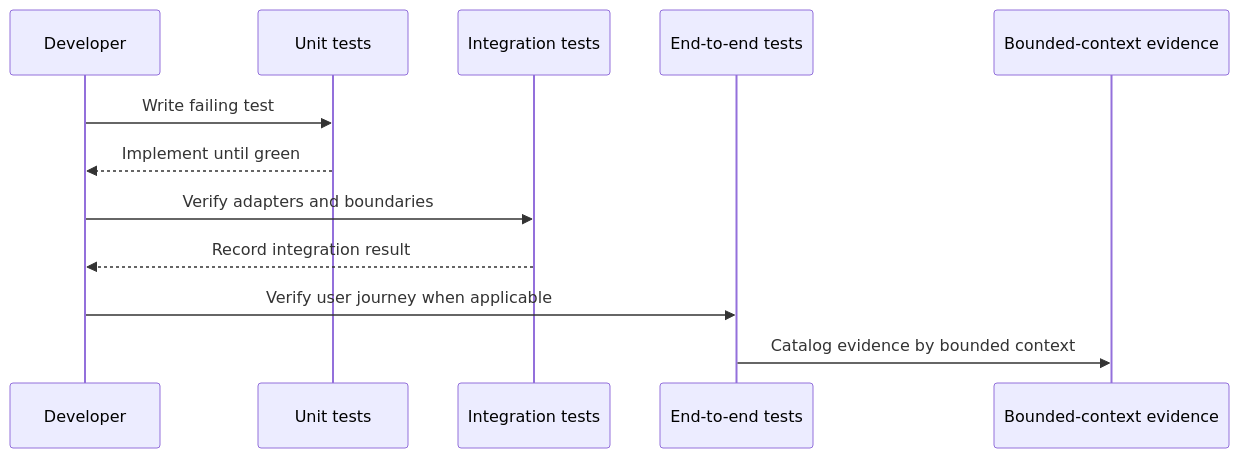
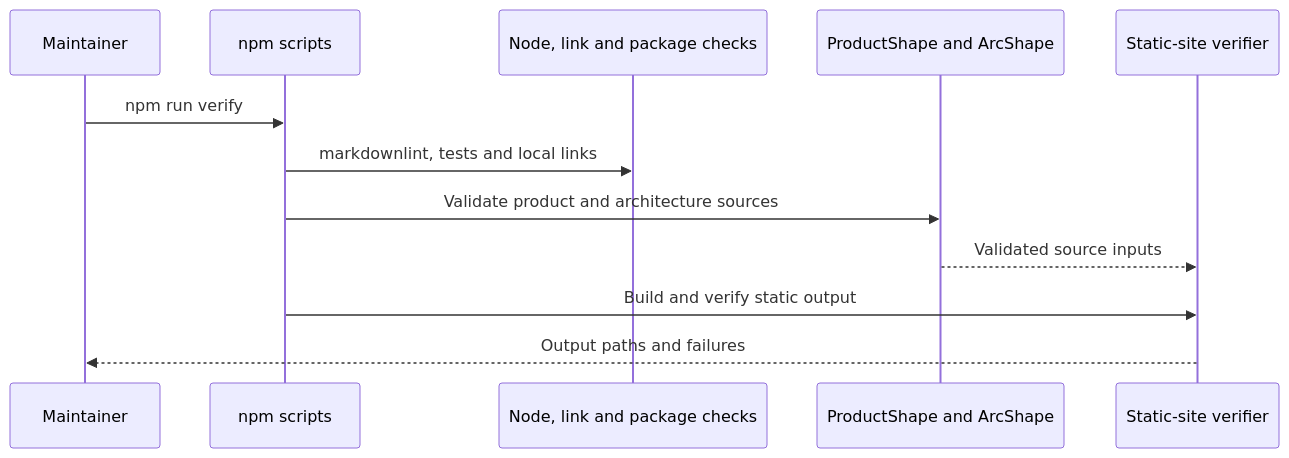
One commit to juangcarmona/lighthouse changed the fifth of 5 diagrams in docs/architecture/06-runtime-view/README.md. Above: the diagram before and after it, drawn with Mermaid. The commit also changed other lines of this file and 13 other files, not shown here.

First line of the commit message:
docs(architecture): reconcile docs with implementation (#48)

````diff
--- a/docs/architecture/06-runtime-view/README.md
+++ b/docs/architecture/06-runtime-view/README.md
@@ -98,15 +92,15 @@
 ```mermaid
 sequenceDiagram
-    accTitle: Target feature test progression
-    participant Developer
-    participant Unit as Unit tests
-    participant Integration as Integration tests
-    participant E2E as End-to-end tests
-    participant Evidence as Bounded-context evidence
-    Developer->>Unit: Write failing test
-    Unit-->>Developer: Implement until green
-    Developer->>Integration: Verify adapters and boundaries
-    Integration-->>Developer: Record integration result
-    Developer->>E2E: Verify user journey when applicable
-    E2E->>Evidence: Catalog evidence by bounded context
+    accTitle: Current package and public-site verification
+    participant Maintainer
+    participant NPM as npm scripts
+    participant Tests as Node, link and package checks
+    participant Authorities as ProductShape and ArcShape
+    participant Site as Static-site verifier
+    Maintainer->>NPM: npm run verify
+    NPM->>Tests: markdownlint, tests and local links
+    NPM->>Authorities: Validate product and architecture sources
+    Authorities-->>Site: Validated source inputs
+    NPM->>Site: Build and verify static output
+    Site-->>Maintainer: Output paths and failures
 ```
````
